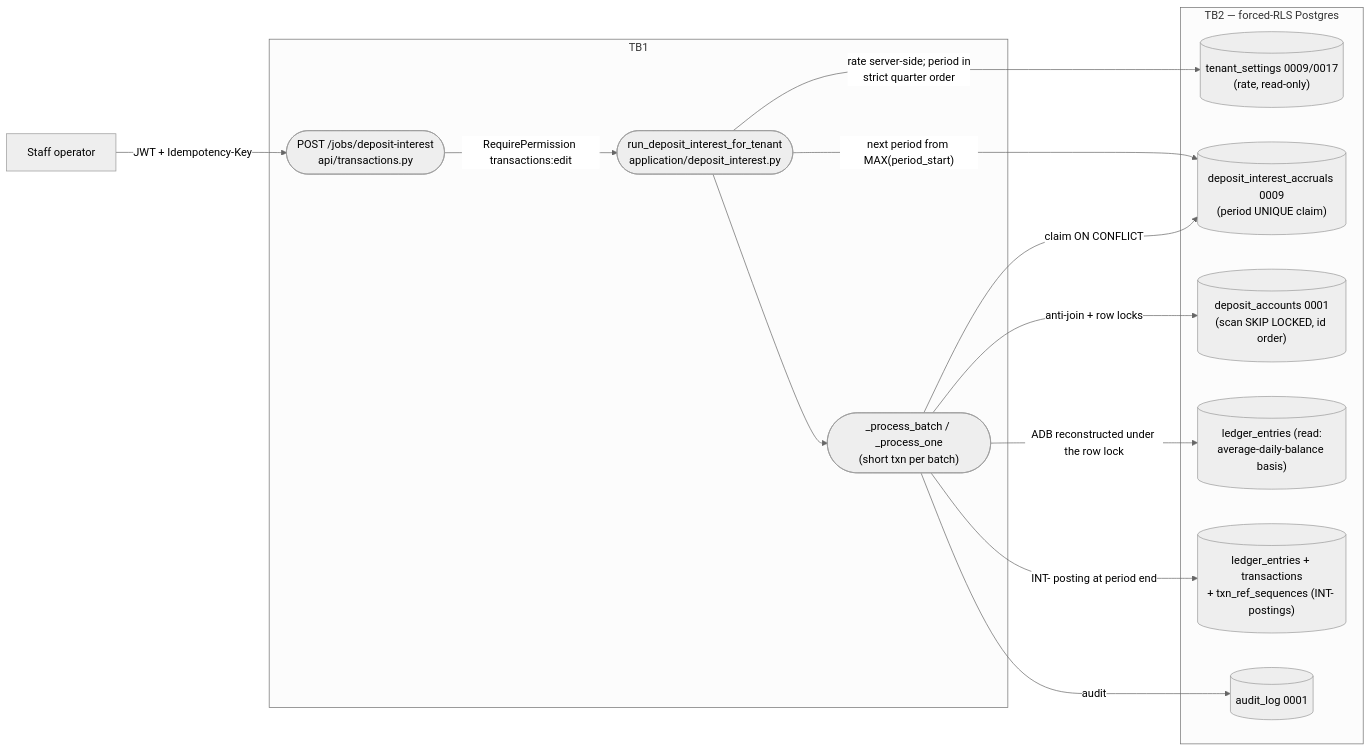
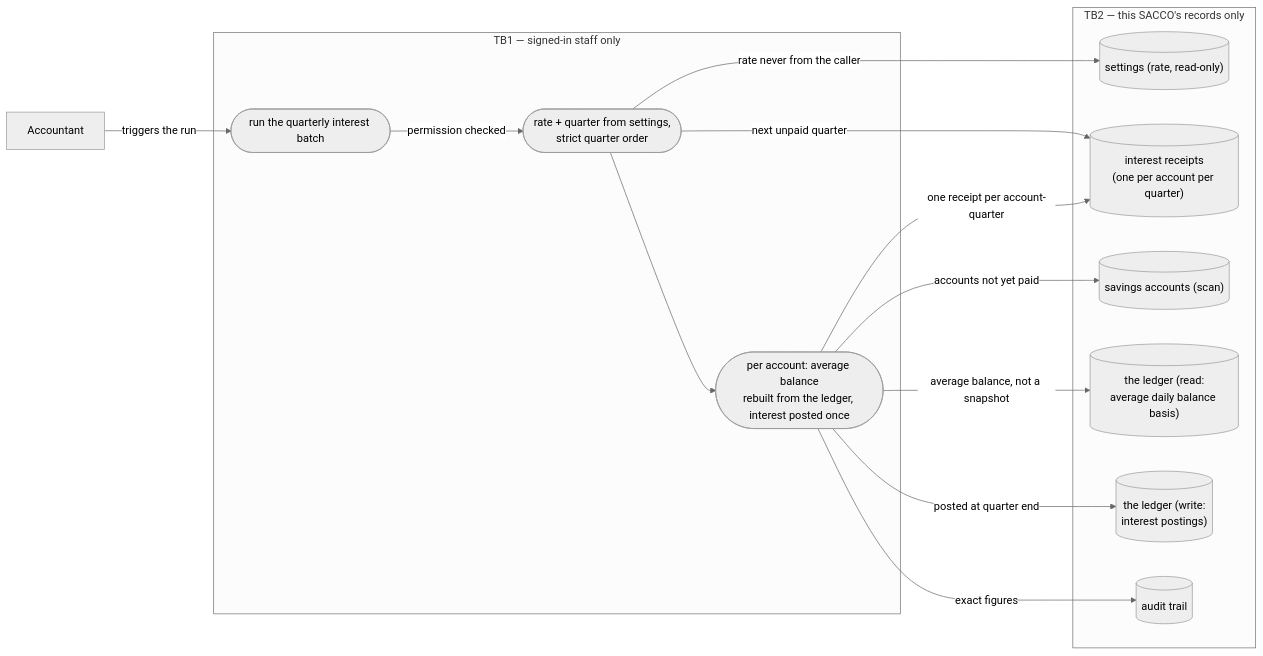
One commit to Benson-Kim/genesis-sacco changed the seventh of 15 diagrams in docs/diagrams/dfd.md. Above: the diagram before and after it, drawn with Mermaid (neutral theme). The commit also changed other lines of this file and 21 other files, not shown here.

Commit message:
P-DIAG drift reconciliation — as-built diagrams for !46/!47/!51/!52 + business-facing flows (docs-only)

````diff
--- a/docs/diagrams/dfd.md
+++ b/docs/diagrams/dfd.md
@@ -331,29 +423,29 @@
 ```mermaid
 flowchart LR
-    %% P-DIAG.3 F6 — authored against main @ 08541b860f1445b16c342c39b6606d86b9dbeb17
-    INT_E1["Staff operator"]
-    subgraph TB1["TB1"]
-        INT_P1(["POST /jobs/deposit-interest<br/>api/transactions.py"])
-        INT_P2(["run_deposit_interest_for_tenant<br/>application/deposit_interest.py"])
-        INT_P3(["_process_batch / _process_one<br/>(short txn per batch)"])
+    %% P-DIAG.3 F6 — reconciled to main @ 8f46aa54250ff1a066af423924f3eb54a9c72fb7
+    INT_E1["Accountant"]
+    subgraph TB1["TB1 — signed-in staff only"]
+        INT_P1(["run the quarterly interest batch"])
+        INT_P2(["rate + quarter from settings,<br/>strict quarter order"])
+        INT_P3(["per account: average balance<br/>rebuilt from the ledger, interest posted once"])
     end
-    subgraph TB2["TB2 — forced-RLS Postgres"]
-        INT_S1[("tenant_settings 0009/0017<br/>(rate, read-only)")]
-        INT_S2[("deposit_interest_accruals 0009<br/>(period UNIQUE claim)")]
-        INT_S3[("deposit_accounts 0001<br/>(scan SKIP LOCKED, id order)")]
-        INT_S4[("ledger_entries (read:<br/>average-daily-balance basis)")]
-        INT_S5[("ledger_entries + transactions<br/>+ txn_ref_sequences (INT- postings)")]
-        INT_S6[("audit_log 0001")]
+    subgraph TB2["TB2 — this SACCO's records only"]
+        INT_S1[("settings (rate, read-only)")]
+        INT_S2[("interest receipts<br/>(one per account per quarter)")]
+        INT_S3[("savings accounts (scan)")]
+        INT_S4[("the ledger (read:<br/>average daily balance basis)")]
+        INT_S5[("the ledger (write:<br/>interest postings)")]
+        INT_S6[("audit trail")]
     end
 
-    INT_E1 -->|"JWT + Idempotency-Key"| INT_P1
-    INT_P1 -->|"RequirePermission transactions:edit"| INT_P2
-    INT_P2 -->|"rate server-side; period in<br/>strict quarter order"| INT_S1
-    INT_P2 -->|"next period from MAX(period_start)"| INT_S2
+    INT_E1 -->|"triggers the run"| INT_P1
+    INT_P1 -->|"permission checked"| INT_P2
+    INT_P2 -->|"rate never from the caller"| INT_S1
+    INT_P2 -->|"next unpaid quarter"| INT_S2
     INT_P2 --> INT_P3
-    INT_P3 -->|"anti-join + row locks"| INT_S3
-    INT_P3 -->|"claim ON CONFLICT"| INT_S2
-    INT_P3 -->|"ADB reconstructed under the row lock"| INT_S4
-    INT_P3 -->|"INT- posting at period end"| INT_S5
-    INT_P3 -->|"audit"| INT_S6
+    INT_P3 -->|"accounts not yet paid"| INT_S3
+    INT_P3 -->|"one receipt per account-quarter"| INT_S2
+    INT_P3 -->|"average balance, not a snapshot"| INT_S4
+    INT_P3 -->|"posted at quarter end"| INT_S5
+    INT_P3 -->|"exact figures"| INT_S6
 ```
````
